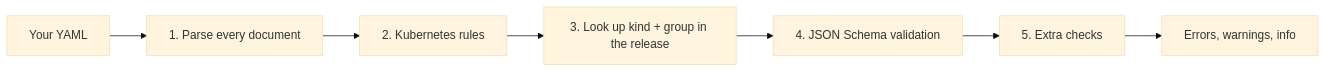
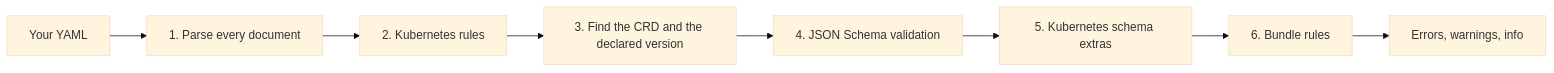
Before and after one commit to fullstopdev/resource-browser: the first of 2 diagrams in src/lib/docs/pages/validate-yaml.md, drawn with Mermaid (base theme). The commit also changed other lines of this file and 54 other files, not shown here.

````diff
--- a/src/lib/docs/pages/validate-yaml.md
+++ b/src/lib/docs/pages/validate-yaml.md
@@ -26,9 +47,10 @@
 ```mermaid
 flowchart LR
   Y["Your YAML"] --> P["1. Parse every document"]
   P --> K["2. Kubernetes rules"]
-  K --> S["3. Look up kind + group in the release"]
+  K --> S["3. Find the CRD and the declared version"]
   S --> J["4. JSON Schema validation"]
-  J --> X["5. Extra checks"]
-  X --> R["Errors, warnings, info"]
+  J --> X["5. Kubernetes schema extras"]
+  X --> B["6. Bundle rules"]
+  B --> R["Errors, warnings, info"]
 ```
````
